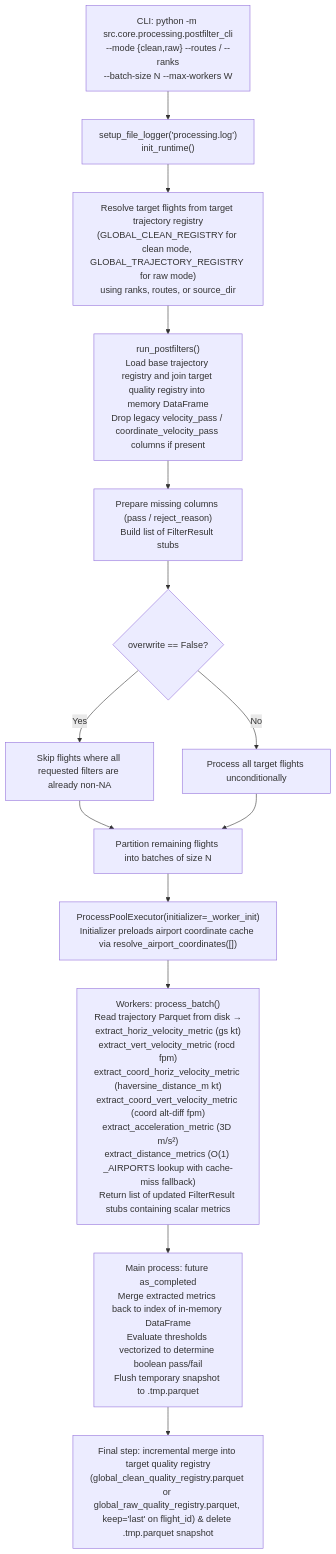
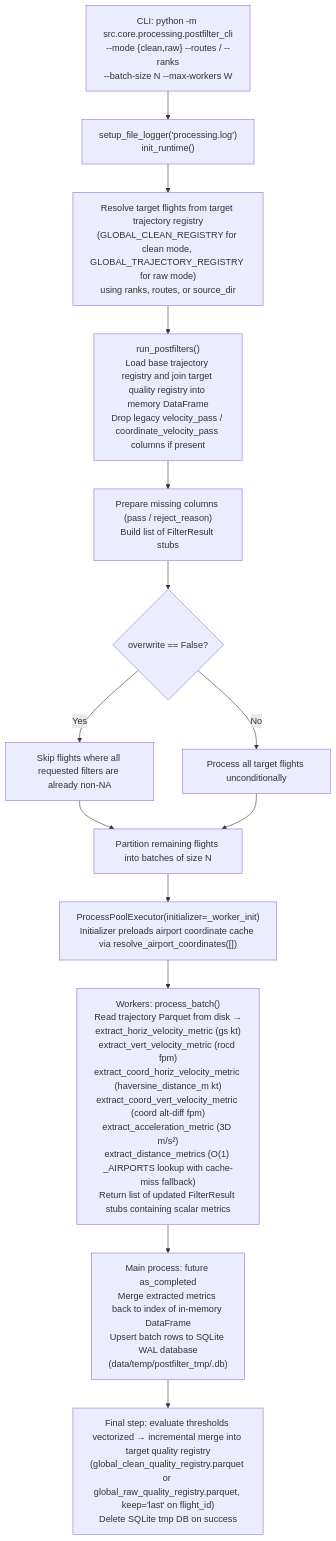
The second of 3 diagrams in src/core/processing/README.md (Bauzement123/flight-physics-pipeline), drawn with Mermaid before and after one commit. The commit also changed other lines of this file and 2 other files, not shown here.

Commit message:
feat(processing): switch postfilter batch dumps to SQLite WAL database

````diff
--- a/src/core/processing/README.md
+++ b/src/core/processing/README.md
@@ -257,16 +258,16 @@
 ```mermaid
 flowchart TD
     A["CLI: python -m src.core.processing.postfilter_cli\n--mode {clean,raw} --routes / --ranks\n--batch-size N --max-workers W"] --> B["setup_file_logger('processing.log')\ninit_runtime()"]
     B --> C["Resolve target flights from target trajectory registry\n(GLOBAL_CLEAN_REGISTRY for clean mode, GLOBAL_TRAJECTORY_REGISTRY for raw mode)\nusing ranks, routes, or source_dir"]
     C --> D["run_postfilters()\nLoad base trajectory registry and join target quality registry into memory DataFrame\nDrop legacy velocity_pass / coordinate_velocity_pass columns if present"]
     D --> E["Prepare missing columns (pass / reject_reason)\nBuild list of FilterResult stubs"]
     E --> F{"overwrite == False?"}
     F -->|Yes| G["Skip flights where all requested filters are already non-NA"]
     F -->|No| H["Process all target flights unconditionally"]
     G --> I["Partition remaining flights into batches of size N"]
     H --> I
     I --> J["ProcessPoolExecutor(initializer=_worker_init)\nInitializer preloads airport coordinate cache via resolve_airport_coordinates([])"]
     J --> K["Workers: process_batch()\nRead trajectory Parquet from disk →\nextract_horiz_velocity_metric (gs kt)\nextract_vert_velocity_metric (rocd fpm)\nextract_coord_horiz_velocity_metric (haversine_distance_m kt)\nextract_coord_vert_velocity_metric (coord alt-diff fpm)\nextract_acceleration_metric (3D m/s²)\nextract_distance_metrics (O(1) _AIRPORTS lookup with cache-miss fallback)\nReturn list of updated FilterResult stubs containing scalar metrics"]
-    K --> L["Main process: future as_completed\nMerge extracted metrics back to index of in-memory DataFrame\nEvaluate thresholds vectorized to determine boolean pass/fail\nFlush temporary snapshot to <quality_registry>.tmp.parquet"]
-    L --> M["Final step: incremental merge into target quality registry\n(global_clean_quality_registry.parquet or global_raw_quality_registry.parquet, keep='last' on flight_id) & delete .tmp.parquet snapshot"]
+    K --> L["Main process: future as_completed\nMerge extracted metrics back to index of in-memory DataFrame\nUpsert batch rows to SQLite WAL database\n(data/temp/postfilter_tmp/<registry>.db)"]
+    L --> M["Final step: evaluate thresholds vectorized → incremental merge into target quality registry\n(global_clean_quality_registry.parquet or global_raw_quality_registry.parquet, keep='last' on flight_id)\nDelete SQLite tmp DB on success"]
 ```
````
